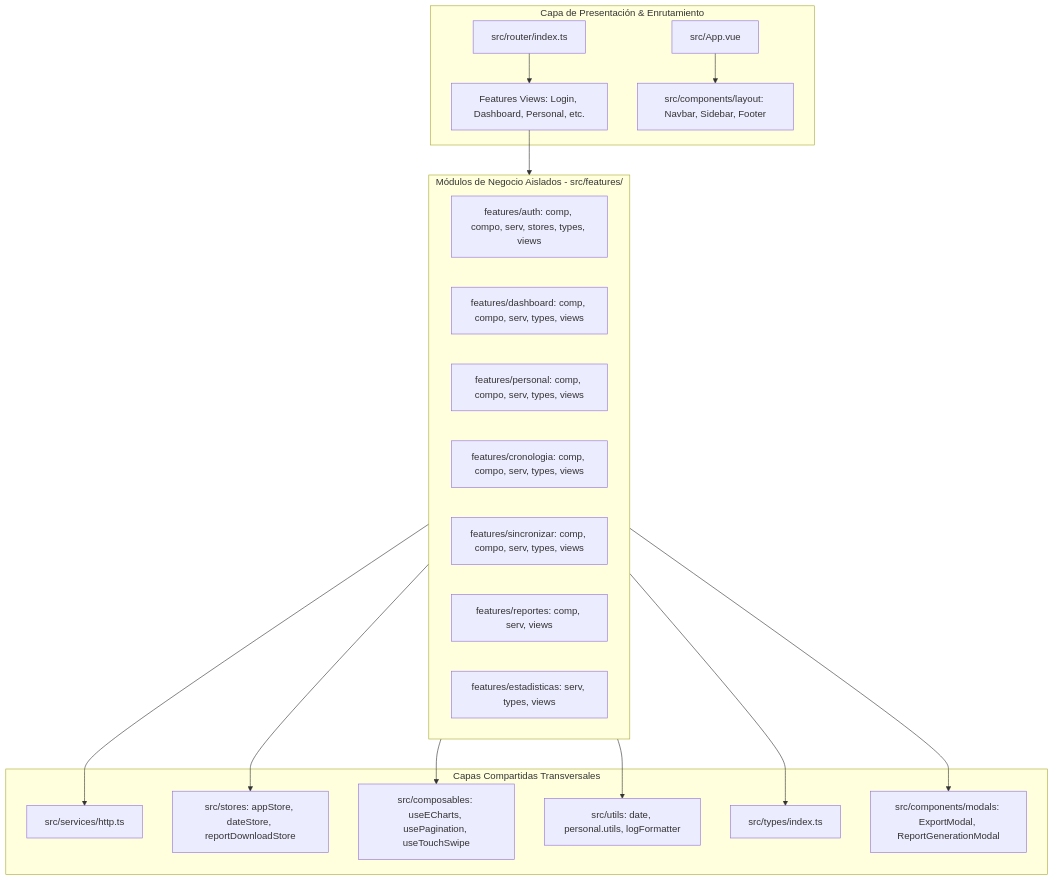
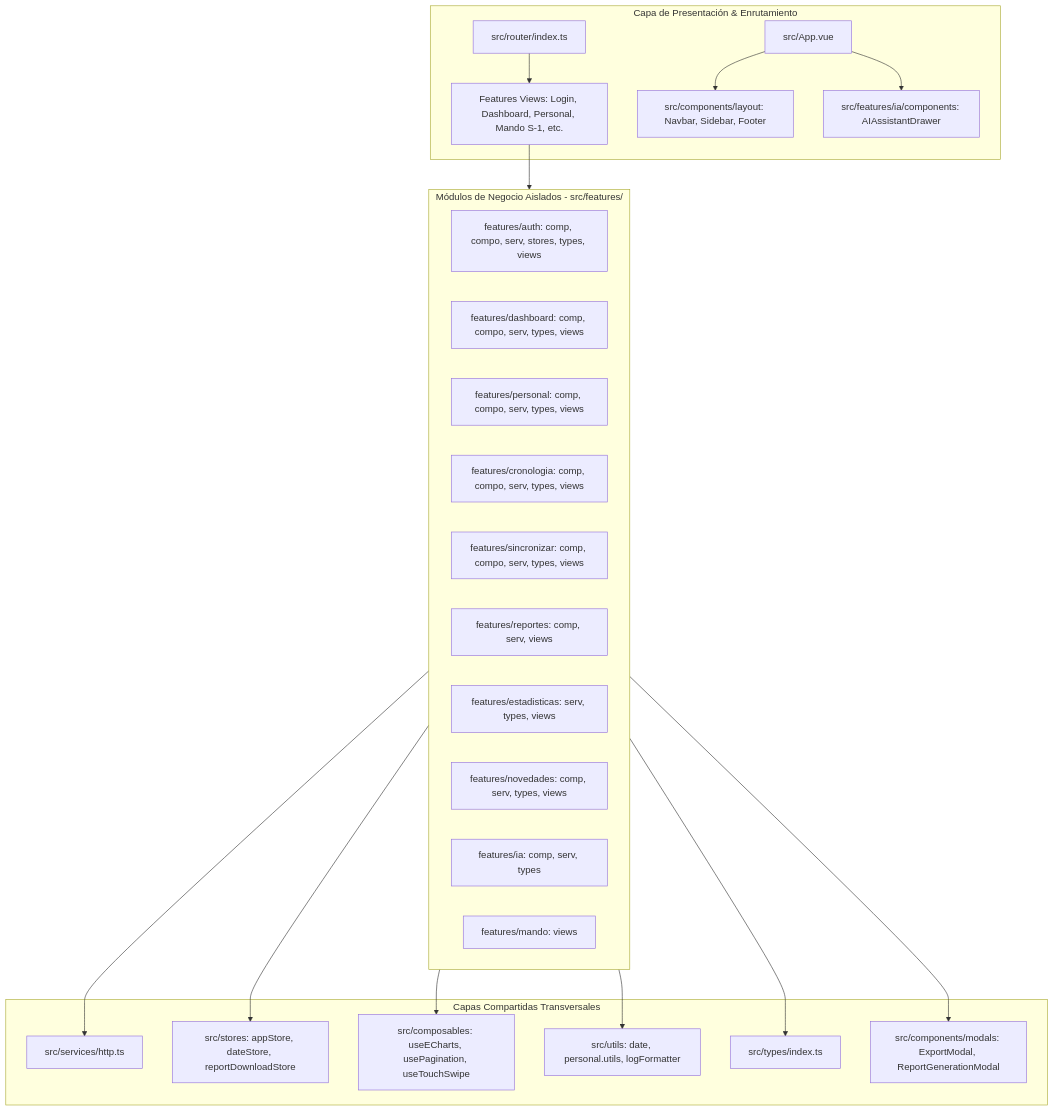
Before and after one commit to DanExl24/BIMEH: the diagram in documentacion/frontend_architecture.md, drawn with Mermaid. The commit also changed other lines of this file and 9 other files, not shown here.

````diff
--- a/documentacion/frontend_architecture.md
+++ b/documentacion/frontend_architecture.md
@@ -13,34 +13,38 @@
 ```mermaid
 graph TD
     subgraph UI_Presentation [Capa de Presentación & Enrutamiento]
-        R[src/router/index.ts] --> FViews[Features Views: Login, Dashboard, Personal, etc.]
+        R[src/router/index.ts] --> FViews[Features Views: Login, Dashboard, Personal, Mando S-1, etc.]
         App[src/App.vue] --> Layout[src/components/layout: Navbar, Sidebar, Footer]
+        App --> IA_Drawer[src/features/ia/components: AIAssistantDrawer]
     end
 
     subgraph Feature_Modules [Módulos de Negocio Aislados - src/features/]
         Auth[features/auth: comp, compo, serv, stores, types, views]
         Dash[features/dashboard: comp, compo, serv, types, views]
         Pers[features/personal: comp, compo, serv, types, views]
         Crono[features/cronologia: comp, compo, serv, types, views]
         Sync[features/sincronizar: comp, compo, serv, types, views]
         Rep[features/reportes: comp, serv, views]
         Stats[features/estadisticas: serv, types, views]
+        Nov[features/novedades: comp, serv, types, views]
+        IA[features/ia: comp, serv, types]
+        Mando[features/mando: views]
     end
 
     subgraph Shared_Kernel [Capas Compartidas Transversales]
         HTTP[src/services/http.ts]
         GStores[src/stores: appStore, dateStore, reportDownloadStore]
         Composables[src/composables: useECharts, usePagination, useTouchSwipe]
         Utils[src/utils: date, personal.utils, logFormatter]
         Types[src/types/index.ts]
         Modals[src/components/modals: ExportModal, ReportGenerationModal]
     end
 
     FViews --> Feature_Modules
     Feature_Modules --> HTTP
     Feature_Modules --> GStores
     Feature_Modules --> Composables
     Feature_Modules --> Utils
     Feature_Modules --> Types
     Feature_Modules --> Modals
 ```
````
